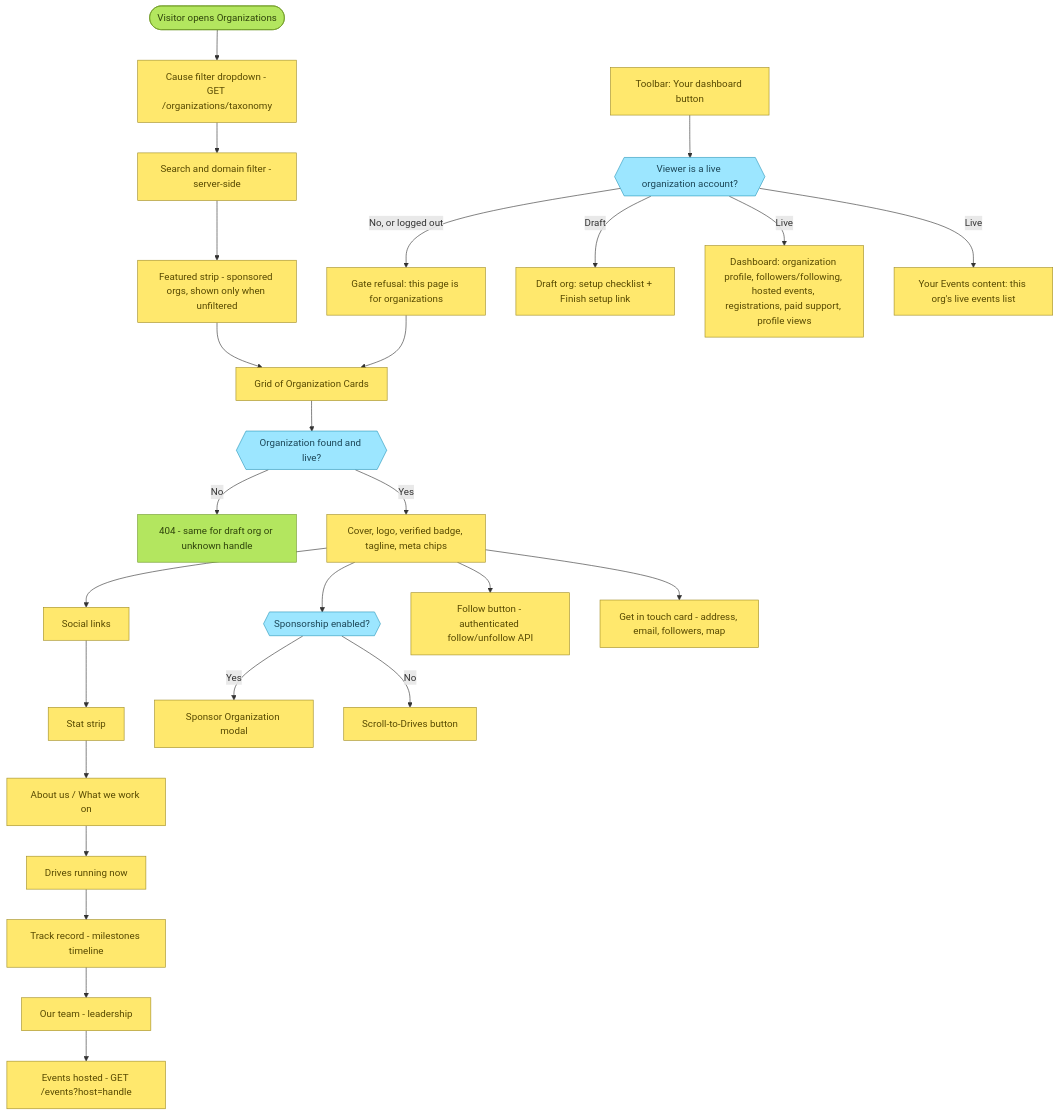
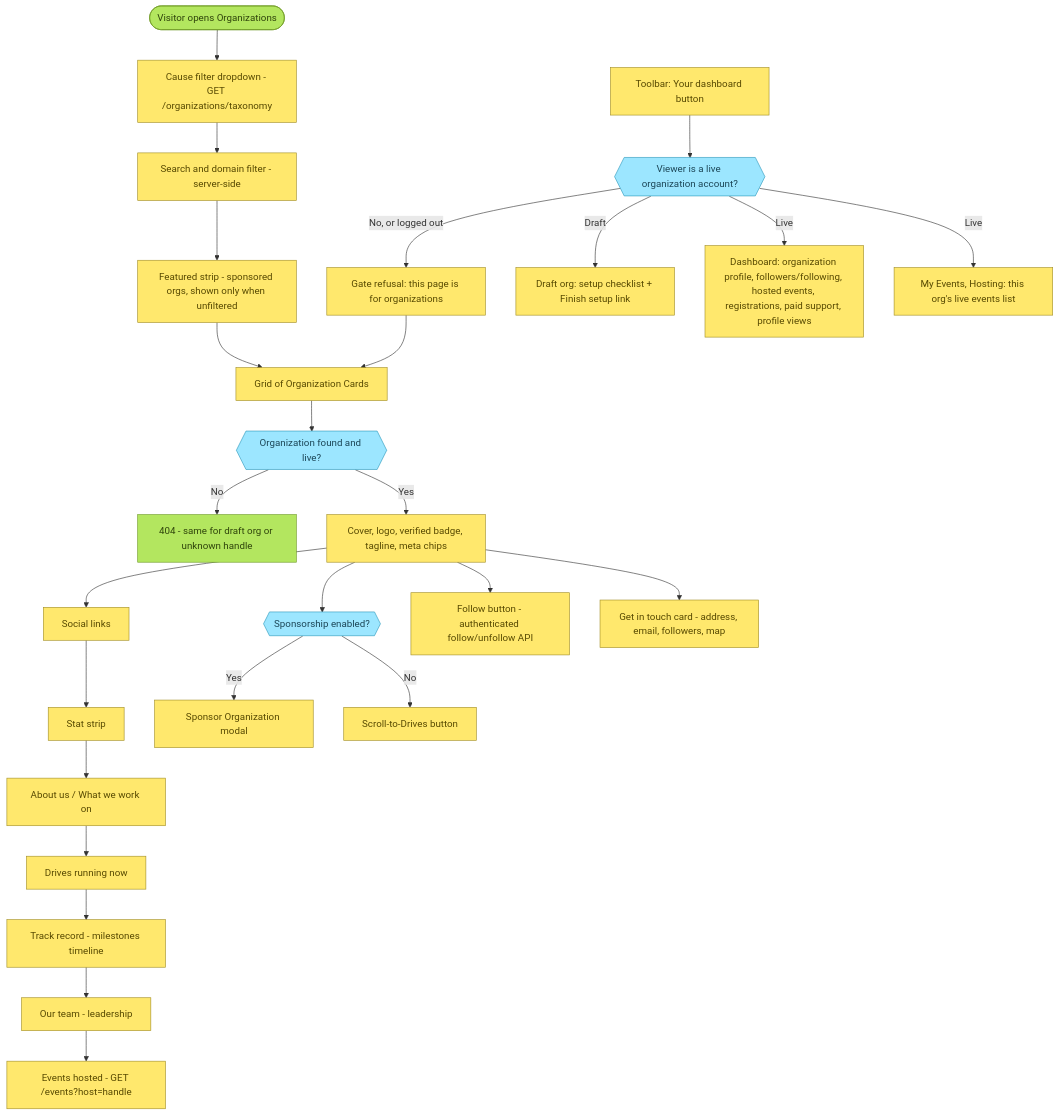
The sixth of 7 diagrams in docs/specs/user-flows.md (karmacircleCommunity/KarmaCircle), drawn with Mermaid before and after one commit. The commit also changed other lines of this file and 146 other files, not shown here.

````diff
--- a/docs/specs/user-flows.md
+++ b/docs/specs/user-flows.md
@@ -333,59 +334,59 @@
 ```mermaid
 flowchart TD
     classDef general fill:#FFE86D,stroke:#A28E26,color:#574900
     classDef decision fill:#9CE6FF,stroke:#2C97BB,color:#1C4657
     classDef terminator fill:#B3E65F,stroke:#6E9A24,color:#2F440B
 
     o_start(["Visitor opens Organizations"]):::terminator
     o_taxonomy["Cause filter dropdown - GET /organizations/taxonomy"]:::general
     o_search["Search and domain filter - server-side"]:::general
     o_featured["Featured strip - sponsored orgs, shown only when unfiltered"]:::general
     o_grid["Grid of Organization Cards"]:::general
     o_dashlink["Toolbar: Your dashboard button"]:::general
     o_profile_fetch{{"Organization found and live?"}}:::decision
     o_404["404 - same for draft org or unknown handle"]:::terminator
     o_header["Cover, logo, verified badge, tagline, meta chips"]:::general
     o_social["Social links"]:::general
     o_stats["Stat strip"]:::general
     o_about["About us / What we work on"]:::general
     o_drives["Drives running now"]:::general
     o_track["Track record - milestones timeline"]:::general
     o_team["Our team - leadership"]:::general
     o_events["Events hosted - GET /events?host=handle"]:::general
     o_sponsor{{"Sponsorship enabled?"}}:::decision
     o_sponsor_modal["Sponsor Organization modal"]:::general
     o_scroll["Scroll-to-Drives button"]:::general
     o_follow["Follow button - authenticated follow/unfollow API"]:::general
     o_contact["Get in touch card - address, email, followers, map"]:::general
     o_gate{{"Viewer is a live organization account?"}}:::decision
     o_refuse["Gate refusal: this page is for organizations"]:::general
     o_checklist["Draft org: setup checklist + Finish setup link"]:::general
     o_dashboard_content["Dashboard: organization profile, followers/following, hosted events, registrations, paid support, profile views"]:::general
-    o_yourevents_content["Your Events content: this org's live events list"]:::general
+    o_yourevents_content["My Events, Hosting: this org's live events list"]:::general
 
     o_start --> o_taxonomy
     o_taxonomy --> o_search
     o_search --> o_featured
     o_featured --> o_grid
     o_grid --> o_profile_fetch
     o_dashlink --> o_gate
     o_profile_fetch -->|"No"| o_404
     o_profile_fetch -->|"Yes"| o_header
     o_header --> o_social
     o_social --> o_stats
     o_stats --> o_about
     o_about --> o_drives
     o_drives --> o_track
     o_track --> o_team
     o_team --> o_events
     o_header --> o_sponsor
     o_sponsor -->|"Yes"| o_sponsor_modal
     o_sponsor -->|"No"| o_scroll
     o_header --> o_follow
     o_header --> o_contact
     o_gate -->|"No, or logged out"| o_refuse
     o_refuse --> o_grid
     o_gate -->|"Draft"| o_checklist
     o_gate -->|"Live"| o_dashboard_content
     o_gate -->|"Live"| o_yourevents_content
 ```
````
